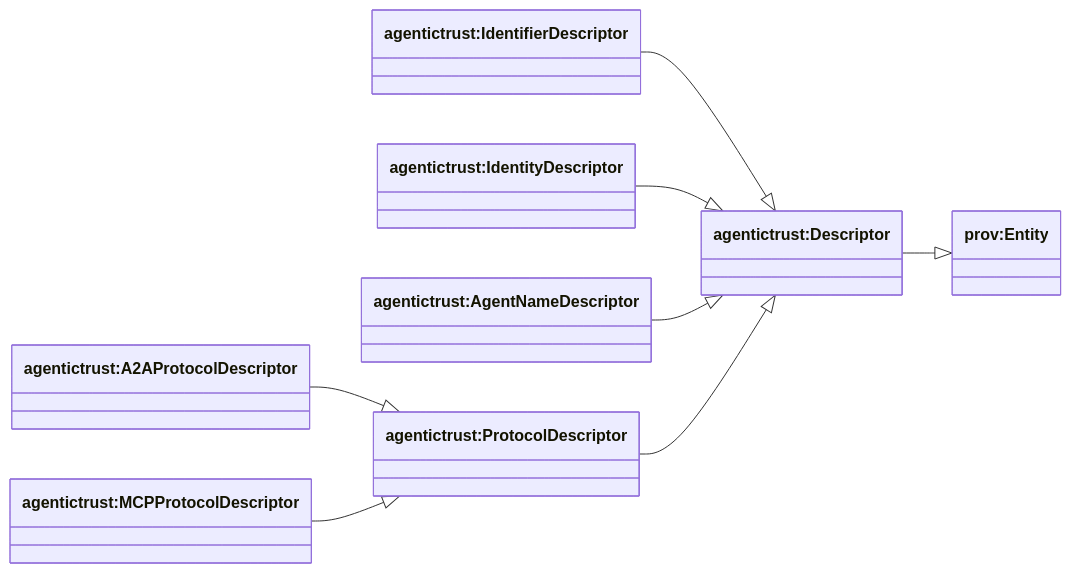
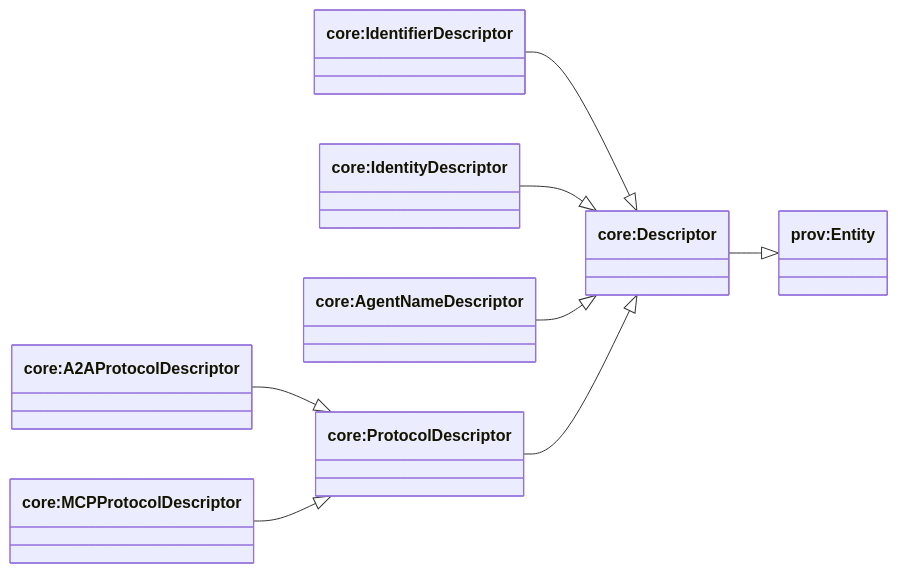
One commit to Agentic-Trust-Layer/agent-explorer changed the first of 4 diagrams in docs/ontology/descriptor.md. Above: the diagram before and after it, drawn with Mermaid. The commit also changed other lines of this file and 49 other files, not shown here.

````diff
--- a/docs/ontology/descriptor.md
+++ b/docs/ontology/descriptor.md
@@ -17,22 +17,22 @@
 ```mermaid
 classDiagram
 direction LR
 
 class provEntity["prov:Entity"]
 
-class Descriptor["agentictrust:Descriptor"]
-class IdentifierDescriptor["agentictrust:IdentifierDescriptor"]
-class IdentityDescriptor["agentictrust:IdentityDescriptor"]
-class AgentNameDescriptor["agentictrust:AgentNameDescriptor"]
-class ProtocolDescriptor["agentictrust:ProtocolDescriptor"]
-class A2AProtocolDescriptor["agentictrust:A2AProtocolDescriptor"]
-class MCPProtocolDescriptor["agentictrust:MCPProtocolDescriptor"]
+class Descriptor["core:Descriptor"]
+class IdentifierDescriptor["core:IdentifierDescriptor"]
+class IdentityDescriptor["core:IdentityDescriptor"]
+class AgentNameDescriptor["core:AgentNameDescriptor"]
+class ProtocolDescriptor["core:ProtocolDescriptor"]
+class A2AProtocolDescriptor["core:A2AProtocolDescriptor"]
+class MCPProtocolDescriptor["core:MCPProtocolDescriptor"]
 
 Descriptor --|> provEntity
 IdentifierDescriptor --|> Descriptor
 IdentityDescriptor --|> Descriptor
 AgentNameDescriptor --|> Descriptor
 ProtocolDescriptor --|> Descriptor
 A2AProtocolDescriptor --|> ProtocolDescriptor
 MCPProtocolDescriptor --|> ProtocolDescriptor
 ```
````
